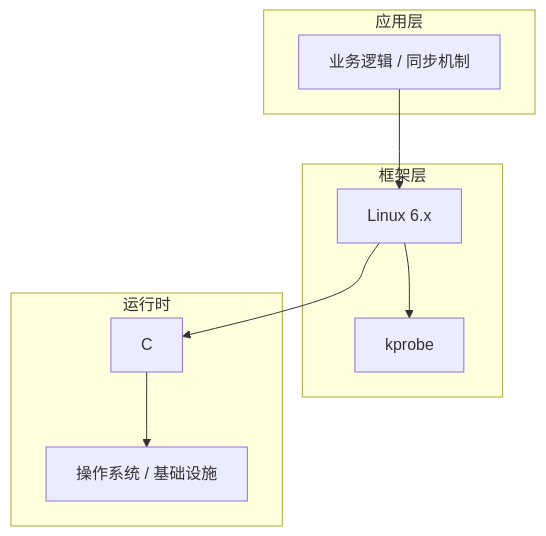
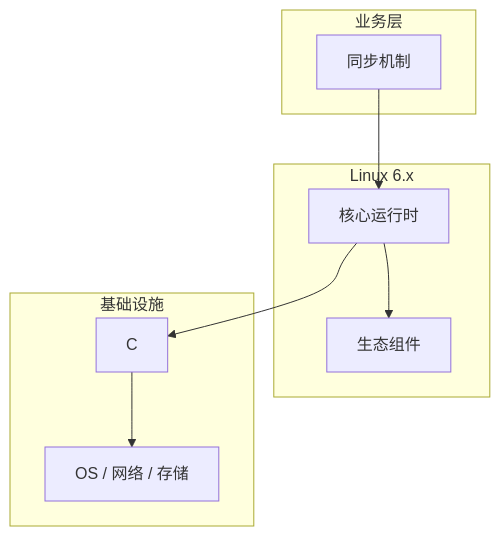
One commit to yanggan2015/knowledge-json-v2 changed the diagram in articles/Linux内核/chapters/081-同步机制核心概念与原理.md. Above: the diagram before and after it, drawn with Mermaid. The commit also changed other lines of this file and 10127 other files, not shown here.

````diff
--- a/articles/Linux内核/chapters/081-同步机制核心概念与原理.md
+++ b/articles/Linux内核/chapters/081-同步机制核心概念与原理.md
@@ -45,18 +34,18 @@
 ```mermaid
 graph TB
-    subgraph 应用层
-        A[业务逻辑 / 同步机制]
+    subgraph 业务层
+        A[同步机制]
     end
-    subgraph 框架层
-        B[Linux 6.x]
-        C[kprobe]
+    subgraph Linux 6.x
+        B[核心运行时]
+        C[生态组件]
     end
-    subgraph 运行时
+    subgraph 基础设施
         D[C]
-        E[操作系统 / 基础设施]
+        E[OS / 网络 / 存储]
     end
     A --> B
     B --> C
     B --> D
     D --> E
 ```
````
